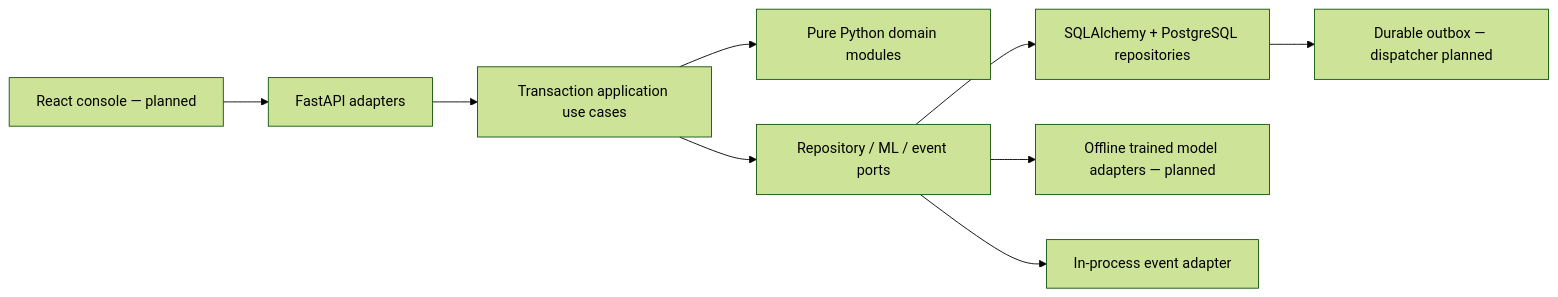
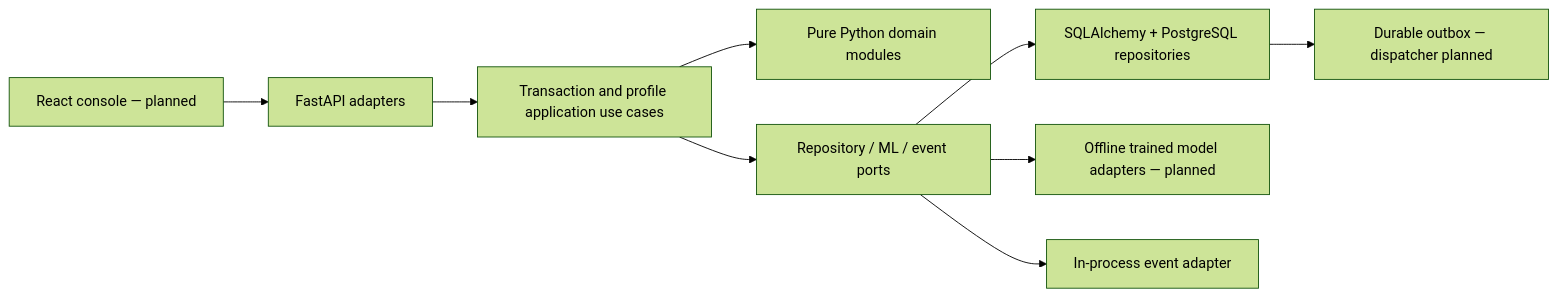
The diagram in README.md (nuchaaa/FraudLens), drawn with Mermaid (forest theme) before and after one commit. The commit also changed other lines of this file and 19 other files, not shown here.

````diff
--- a/README.md
+++ b/README.md
@@ -37,11 +39,11 @@
 ```mermaid
 flowchart LR
     UI[React console — planned] --> HTTP[FastAPI adapters]
-    HTTP --> UC[Transaction application use cases]
+    HTTP --> UC[Transaction and profile application use cases]
     UC --> D[Pure Python domain modules]
     UC --> P[Repository / ML / event ports]
     P --> DB[SQLAlchemy + PostgreSQL repositories]
     P --> ML[Offline trained model adapters — planned]
     P --> EV[In-process event adapter]
     DB --> OB[Durable outbox — dispatcher planned]
 ```
````
